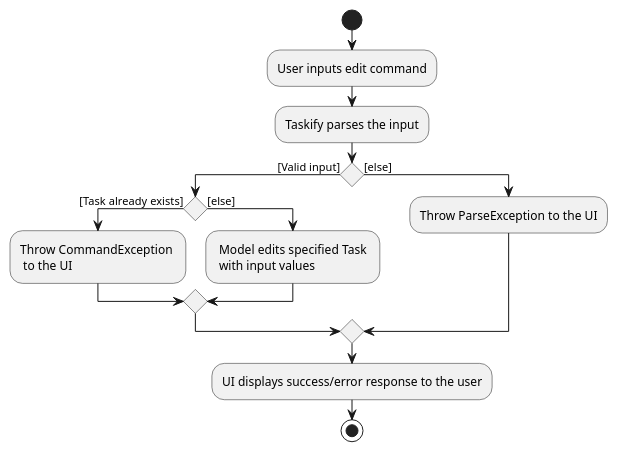
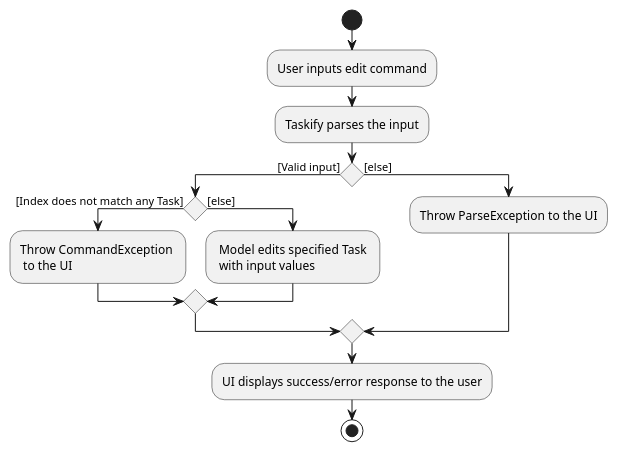
Before and after one commit to nus-cs2103-AY2021S2/tp: the diagram in docs/diagrams/EditCommandActivityDiagram.puml, drawn with PlantUML. The commit also changed 4 other files, not shown here.

Commit message:
Add newline to EoF and fix diagram

```diff
--- a/docs/diagrams/EditCommandActivityDiagram.puml
+++ b/docs/diagrams/EditCommandActivityDiagram.puml
@@ -1,20 +1,20 @@
 @startuml
 start
 :User inputs edit command;
 :Taskify parses the input;
 
 'Since the beta syntax does not support placing the condition outside the
 'diamond we place it as the true branch instead.
 if() then ([Valid input])
-    if () then ([Task already exists])
+    if () then ([Index does not match any Task])
         :Throw CommandException \n to the UI;
     else ([else])
         : Model edits specified Task \n with input values;
     endif
 else ([else])
     :Throw ParseException to the UI;
 endif
 
 :UI displays success/error response to the user;
 stop
 @enduml
```
